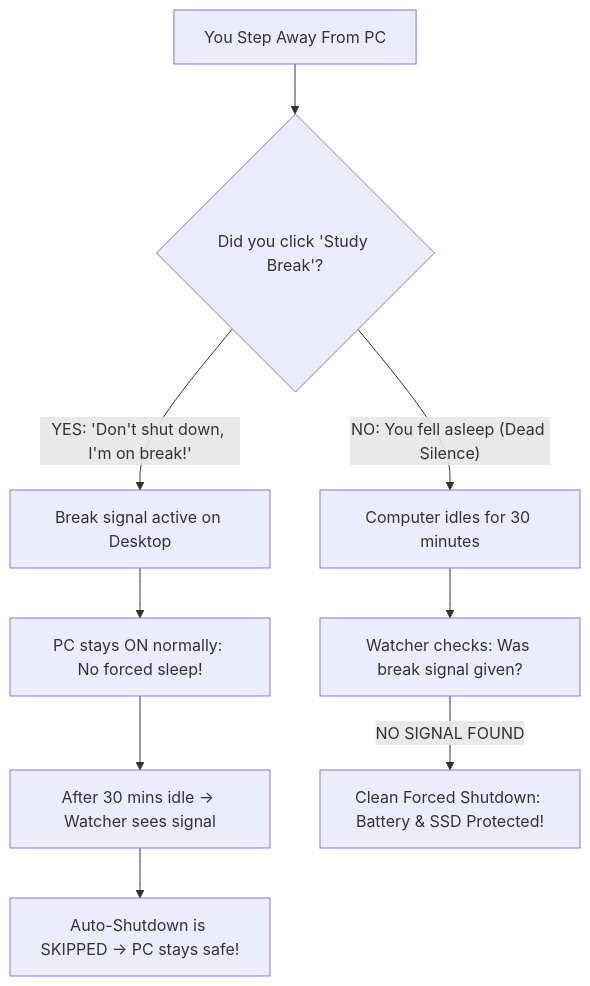
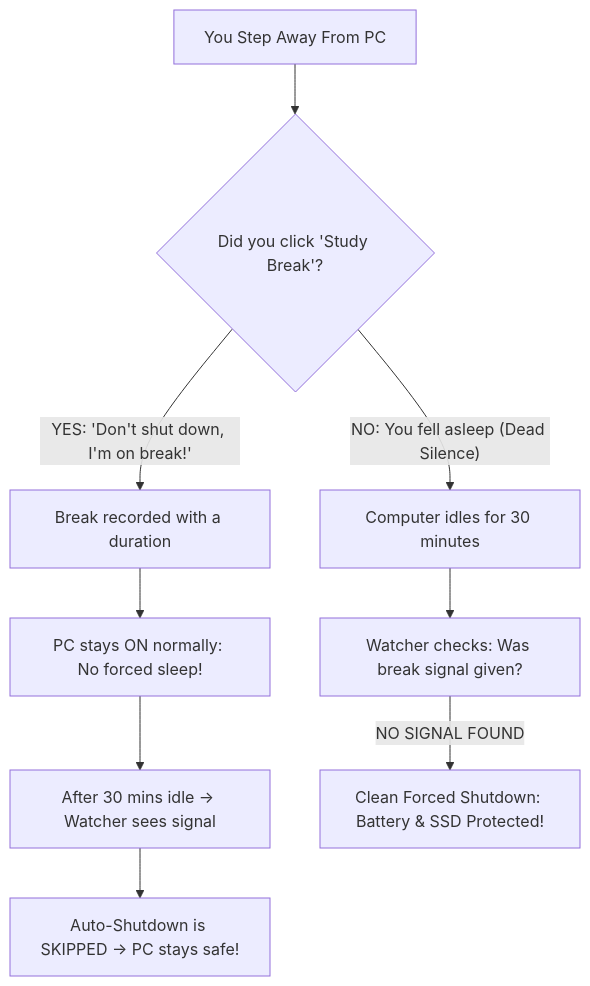
Before and after one commit to OFFICIAL-ZXKTS/NightWatch: the diagram in README.md, drawn with Mermaid. The commit also changed other lines of this file and 3 other files, not shown here.

````diff
--- a/README.md
+++ b/README.md
@@ -55,13 +55,13 @@
 ```mermaid
 graph TD
     A[You Step Away From PC] --> B{Did you click 'Study Break'?}
     
-    B -- YES: 'Don't shut down, I'm on break!' --> C[Break signal active on Desktop]
+    B -- YES: 'Don't shut down, I'm on break!' --> C[Break recorded with a duration]
     C --> D[PC stays ON normally: No forced sleep!]
     D --> E[After 30 mins idle -> Watcher sees signal]
     E --> F[Auto-Shutdown is SKIPPED -> PC stays safe!]
 
     B -- NO: You fell asleep (Dead Silence) --> G[Computer idles for 30 minutes]
     G --> H[Watcher checks: Was break signal given?]
     H -- NO SIGNAL FOUND --> I[Clean Forced Shutdown: Battery & SSD Protected!]
 ```
````
